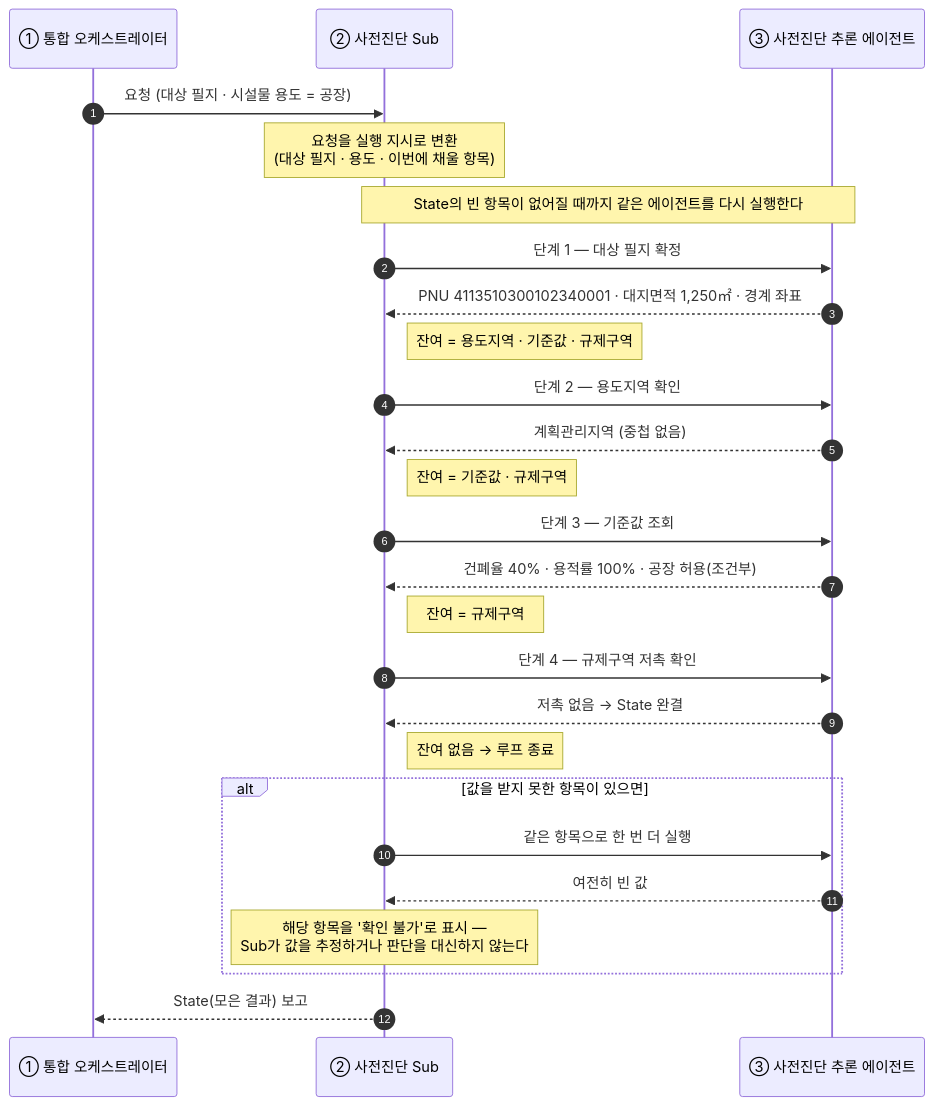
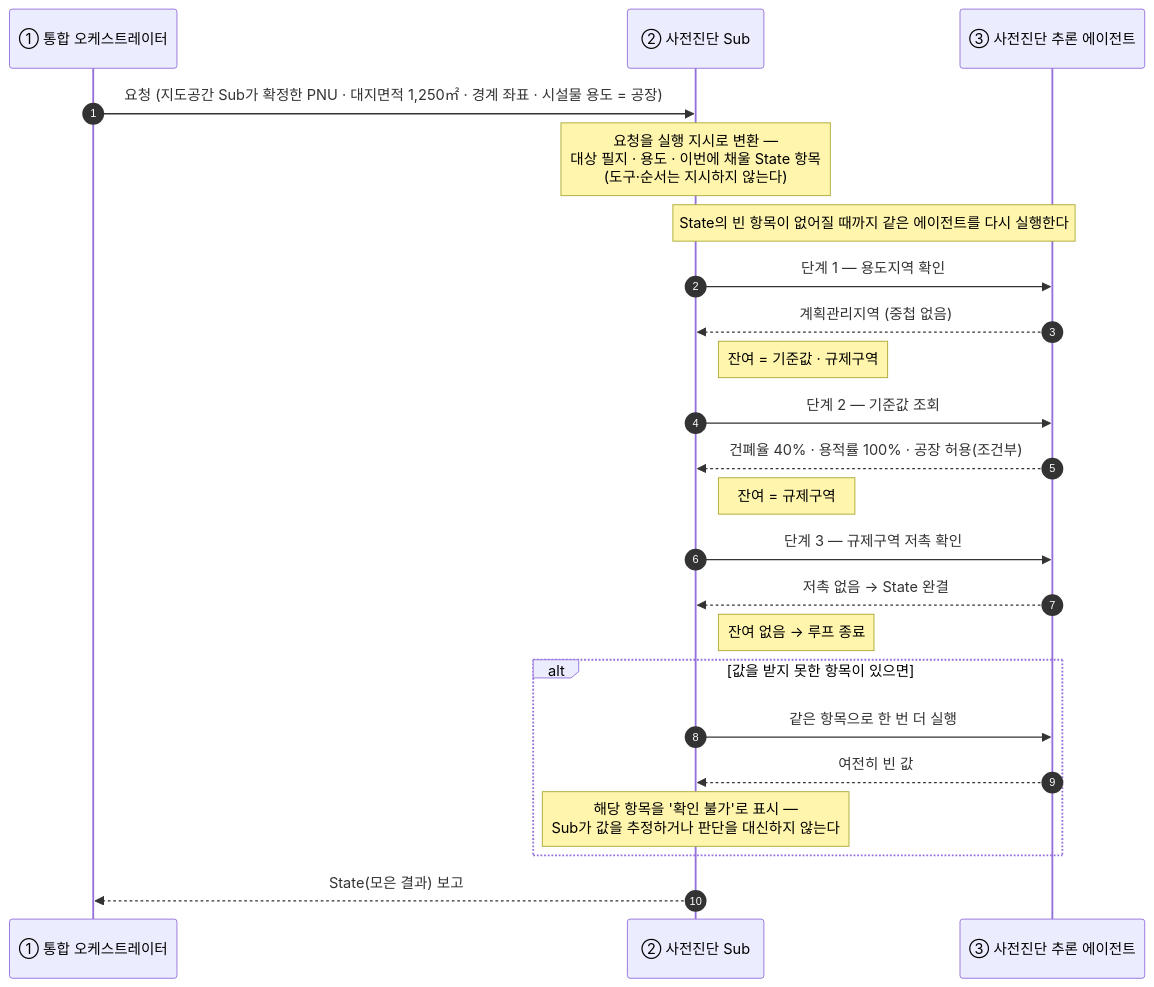
One commit to madlrengg100/permit-copilot changed the ninth of 11 diagrams in docs/MCP-AGENT-SEQUENCE1.md. Above: the diagram before and after it, drawn with Mermaid. The commit also changed other lines of this file, not shown here.

First line of the commit message:
docs(MCP-AGENT-SEQUENCE1): §5.2 실행 주체·모듈·도구 이름을 명시

````diff
--- a/docs/MCP-AGENT-SEQUENCE1.md
+++ b/docs/MCP-AGENT-SEQUENCE1.md
@@ -510,36 +515,32 @@
 ```mermaid
 sequenceDiagram
     autonumber
     participant IO as ① 통합 오케스트레이터
     participant SO as ② 사전진단 Sub
     participant AG as ③ 사전진단 추론 에이전트
 
-    IO->>SO: 요청 (대상 필지 · 시설물 용도 = 공장)
-    Note over SO: 요청을 실행 지시로 변환<br/>(대상 필지 · 용도 · 이번에 채울 항목)
+    IO->>SO: 요청 (지도공간 Sub가 확정한 PNU · 대지면적 1,250㎡ · 경계 좌표 · 시설물 용도 = 공장)
+    Note over SO: 요청을 실행 지시로 변환 —<br/>대상 필지 · 용도 · 이번에 채울 State 항목<br/>(도구·순서는 지시하지 않는다)
 
     Note over SO,AG: State의 빈 항목이 없어질 때까지 같은 에이전트를 다시 실행한다
 
-    SO->>AG: 단계 1 — 대상 필지 확정
-    AG-->>SO: PNU 4113510300102340001 · 대지면적 1,250㎡ · 경계 좌표
-    Note right of SO: 잔여 = 용도지역 · 기준값 · 규제구역
-
-    SO->>AG: 단계 2 — 용도지역 확인
+    SO->>AG: 단계 1 — 용도지역 확인
     AG-->>SO: 계획관리지역 (중첩 없음)
     Note right of SO: 잔여 = 기준값 · 규제구역
 
-    SO->>AG: 단계 3 — 기준값 조회
+    SO->>AG: 단계 2 — 기준값 조회
     AG-->>SO: 건폐율 40% · 용적률 100% · 공장 허용(조건부)
     Note right of SO: 잔여 = 규제구역
 
-    SO->>AG: 단계 4 — 규제구역 저촉 확인
+    SO->>AG: 단계 3 — 규제구역 저촉 확인
     AG-->>SO: 저촉 없음 → State 완결
     Note right of SO: 잔여 없음 → 루프 종료
 
     alt 값을 받지 못한 항목이 있으면
         SO->>AG: 같은 항목으로 한 번 더 실행
         AG-->>SO: 여전히 빈 값
         Note over SO: 해당 항목을 '확인 불가'로 표시 —<br/>Sub가 값을 추정하거나 판단을 대신하지 않는다
     end
 
     SO-->>IO: State(모은 결과) 보고
 ```
````
